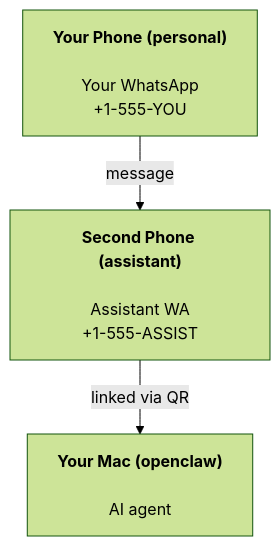
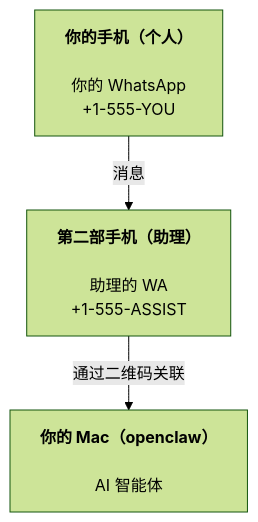
Before and after one commit to openclaw/docs: the diagram in docs/zh-CN/start/openclaw.md, drawn with Mermaid (forest theme). The commit also changed other lines of this file and 3456 other files, not shown here.

````diff
--- a/docs/zh-CN/start/openclaw.md
+++ b/docs/zh-CN/start/openclaw.md
@@ -36,5 +37,5 @@
 ```mermaid
 flowchart TB
-    A["<b>Your Phone (personal)<br></b><br>Your WhatsApp<br>+1-555-YOU"] -- message --> B["<b>Second Phone (assistant)<br></b><br>Assistant WA<br>+1-555-ASSIST"]
-    B -- linked via QR --> C["<b>Your Mac (openclaw)<br></b><br>AI agent"]
+    A["<b>你的手机（个人）<br></b><br>你的 WhatsApp<br>+1-555-YOU"] -- 消息 --> B["<b>第二部手机（助理）<br></b><br>助理的 WA<br>+1-555-ASSIST"]
+    B -- 通过二维码关联 --> C["<b>你的 Mac（openclaw）<br></b><br>AI 智能体"]
 ```
````
